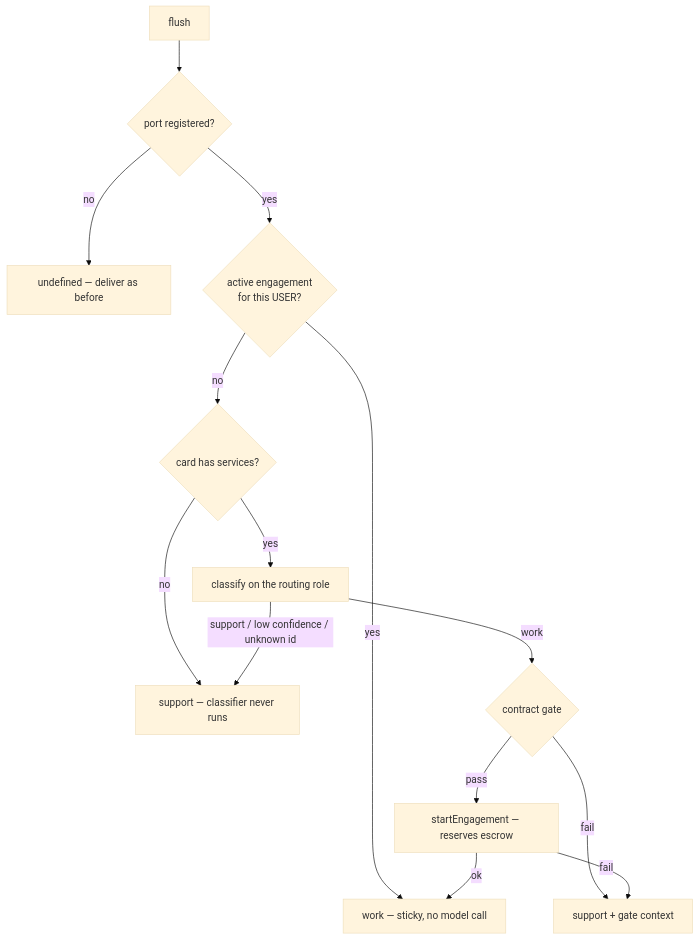
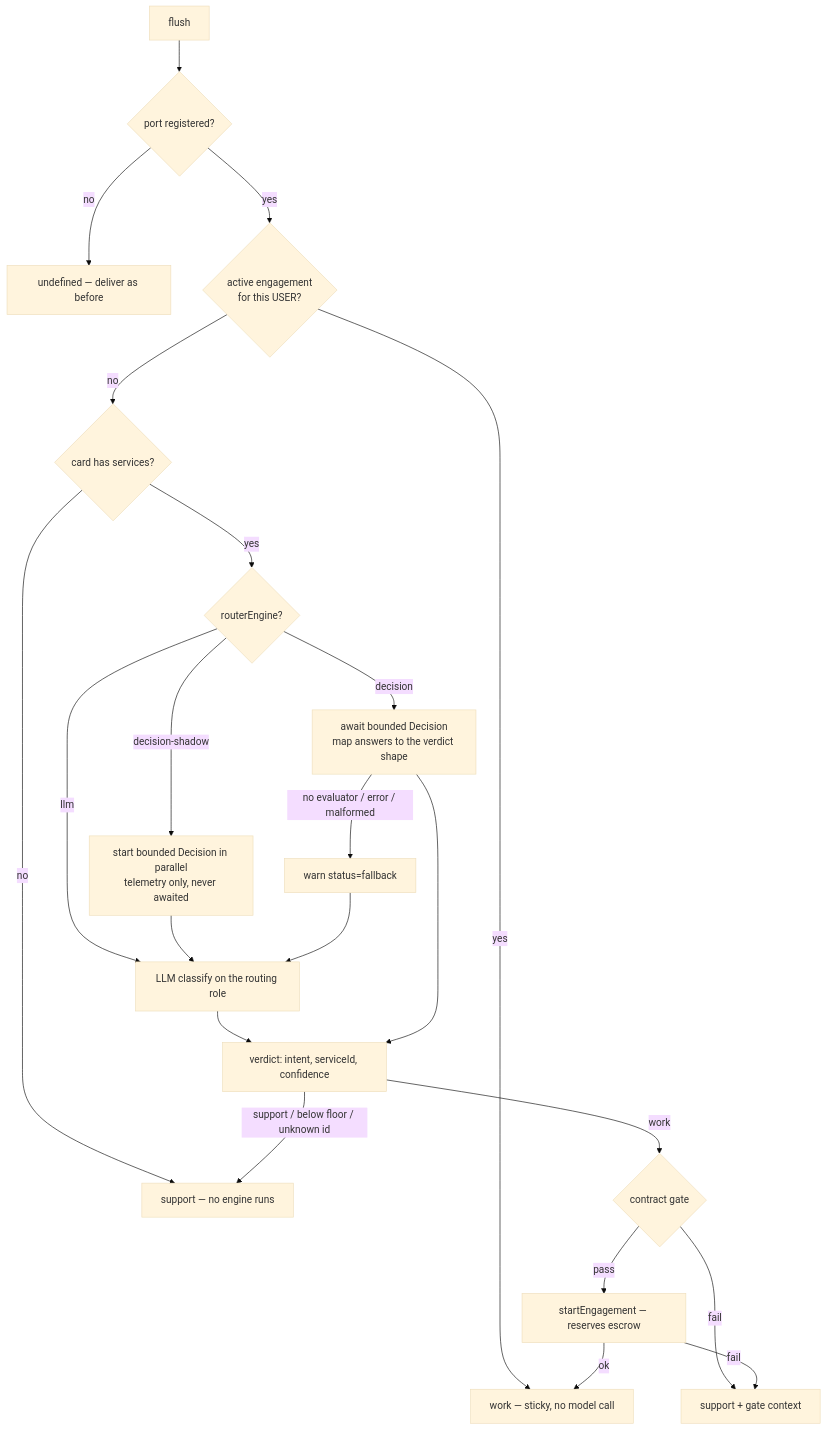
Before and after one commit to ixoworld/qiforge: the diagram in docs/architecture/matrix-commerce.md, drawn with Mermaid (base theme). The commit also changed other lines of this file and 106 other files, not shown here.

First line of the commit message:
feat(decisions): bounded semantic Decisions across both runtimes, OpenRouter and Cloudflare providers, three commerce router engines (#317)

````diff
--- a/docs/architecture/matrix-commerce.md
+++ b/docs/architecture/matrix-commerce.md
@@ -31,16 +31,24 @@
 ```mermaid
 graph TD
     F[flush] --> P{port registered?}
     P -->|no| PASS[undefined — deliver as before]
     P -->|yes| E{active engagement<br/>for this USER?}
     E -->|yes| W[work — sticky, no model call]
     E -->|no| C{card has services?}
-    C -->|no| S[support — classifier never runs]
-    C -->|yes| CLS[classify on the routing role]
-    CLS -->|support / low confidence / unknown id| S
-    CLS -->|work| G{contract gate}
+    C -->|no| S["support — no engine runs"]
+    C -->|yes| ENG{routerEngine?}
+    ENG -->|llm| CLS["LLM classify on the routing role"]
+    ENG -->|decision-shadow| JEV["start bounded Decision in parallel<br/>telemetry only, never awaited"]
+    JEV --> CLS
+    ENG -->|decision| DEC["await bounded Decision<br/>map answers to the verdict shape"]
+    DEC -->|"no evaluator / error / malformed"| FB["warn status=fallback"]
+    FB --> CLS
+    CLS --> V["verdict: intent, serviceId, confidence"]
+    DEC --> V
+    V -->|"support / below floor / unknown id"| S
+    V -->|work| G{contract gate}
     G -->|fail| SG[support + gate context]
     G -->|pass| I[startEngagement — reserves escrow]
     I -->|fail| SG
     I -->|ok| W
 ```
````
